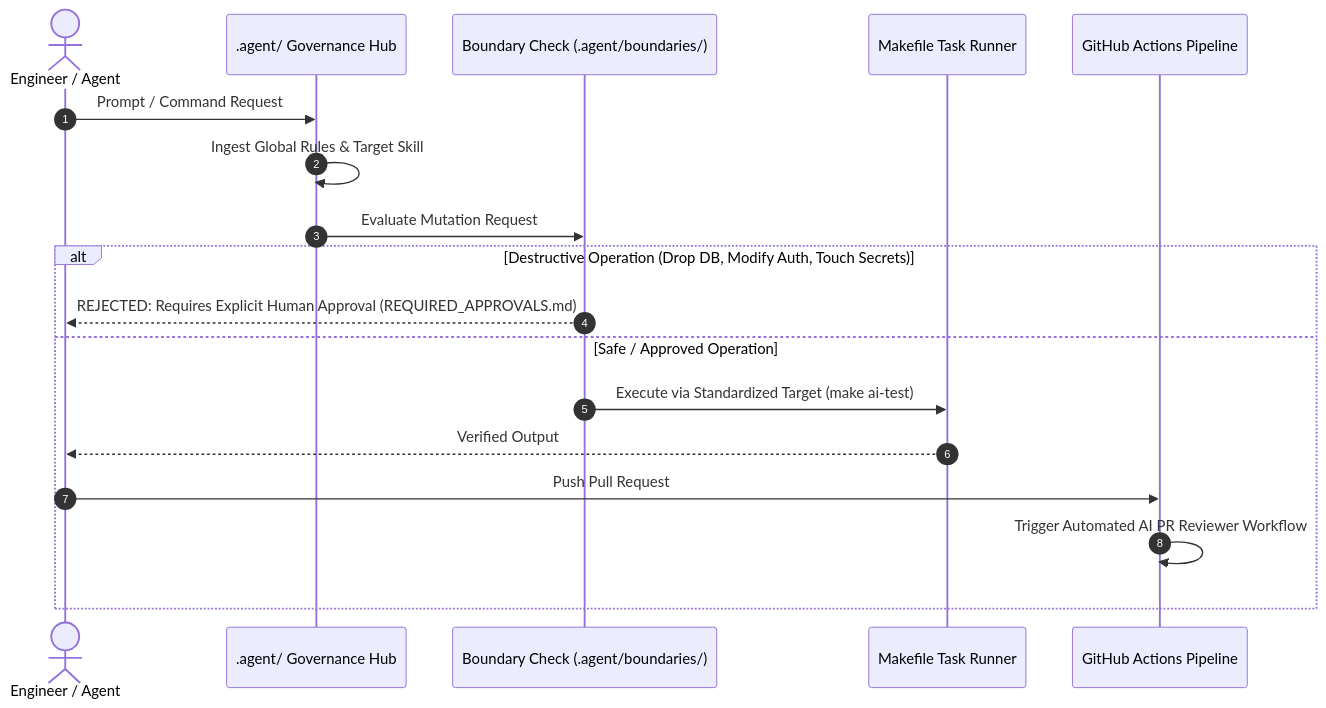
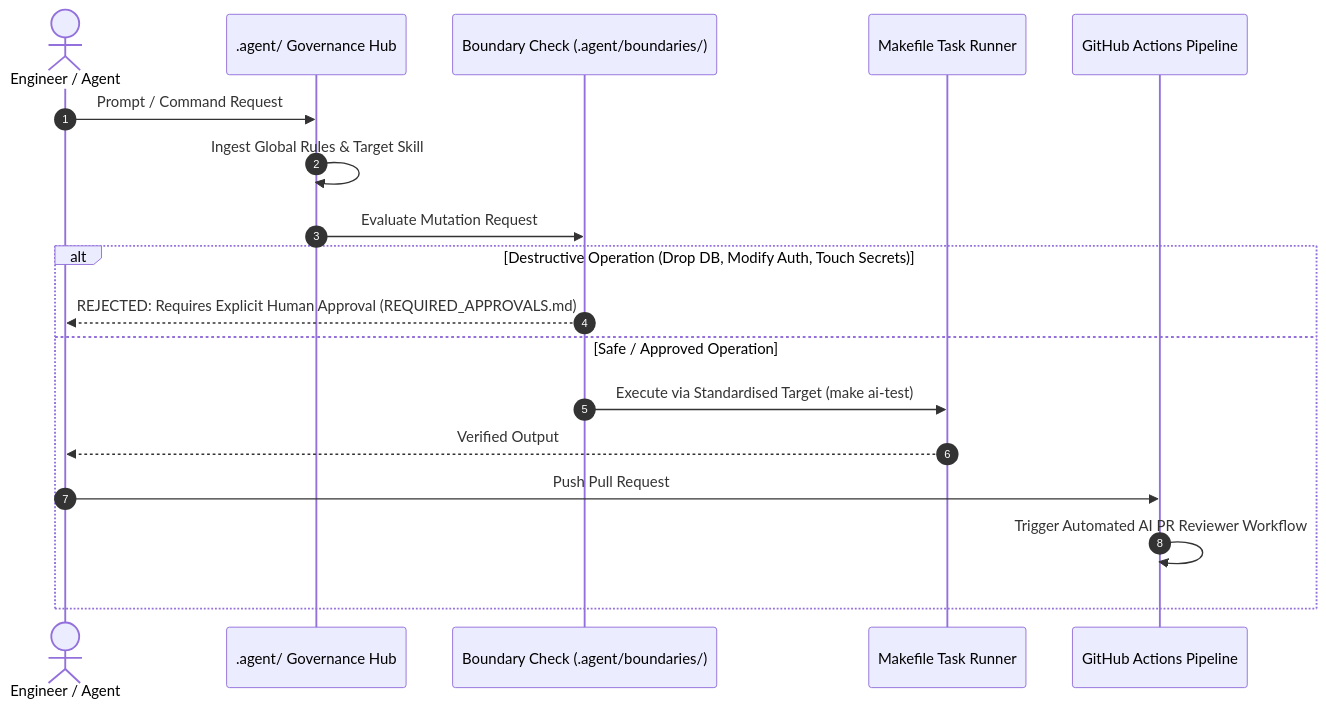
The second of 2 diagrams in README.md (syniol/llm-software-project), drawn with Mermaid before and after one commit. The commit also changed other lines of this file and 8 other files, not shown here.

````diff
--- a/README.md
+++ b/README.md
@@ -63,21 +63,21 @@
 ```mermaid
 sequenceDiagram
     autonumber
     actor Dev as Engineer / Agent
     participant Hub as .agent/ Governance Hub
     participant Gate as Boundary Check (.agent/boundaries/)
     participant Tool as Makefile Task Runner
     participant CI as GitHub Actions Pipeline
 
     Dev->>Hub: Prompt / Command Request
     Hub->>Hub: Ingest Global Rules & Target Skill
     Hub->>Gate: Evaluate Mutation Request
     alt Destructive Operation (Drop DB, Modify Auth, Touch Secrets)
         Gate-->>Dev: REJECTED: Requires Explicit Human Approval (REQUIRED_APPROVALS.md)
     else Safe / Approved Operation
-        Gate->>Tool: Execute via Standardized Target (make ai-test)
+        Gate->>Tool: Execute via Standardised Target (make ai-test)
         Tool-->>Dev: Verified Output
         Dev->>CI: Push Pull Request
         CI->>CI: Trigger Automated AI PR Reviewer Workflow
     end
 ```
````
